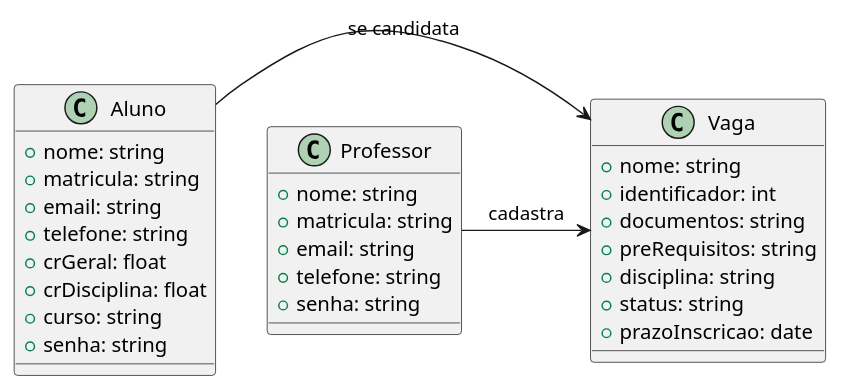
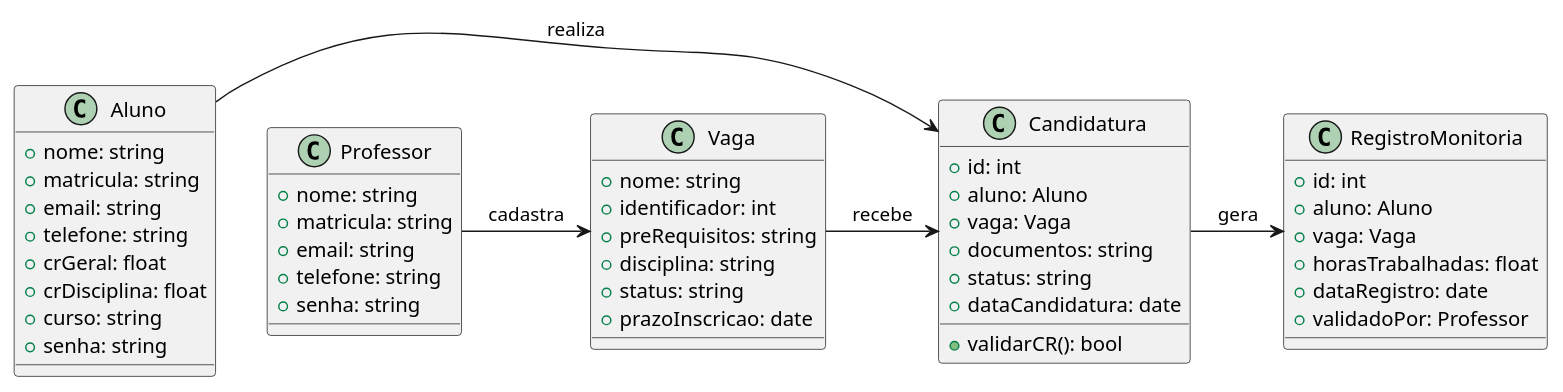
The diagram in docs/Elaboracao/diagrama_de_classes.md (Projetos-de-Extensao/PBE_25.2_8004_III), drawn with PlantUML before and after one commit. The commit also changed other lines of this file, not shown here.

Commit message:
add classes

````diff
--- a/docs/Elaboracao/diagrama_de_classes.md
+++ b/docs/Elaboracao/diagrama_de_classes.md
@@ -41,40 +56,60 @@
 ```plantuml
 @startuml 
 '-----------------------------------
 ' Diagram: Plataforma de Monitoria
 '-----------------------------------
 
 class Aluno {
 	+ nome: string 
 	+ matricula: string
 	+ email: string
 	+ telefone: string
 	+ crGeral: float
 	+ crDisciplina: float
 	+ curso: string
 	+ senha: string
 }
 
 class Professor {
 	+ nome: string 
 	+ matricula: string
 	+ email: string
 	+ telefone: string
 	+ senha: string
 }
 
 class Vaga {
 	+ nome: string 
 	+ identificador: int
-	+ documentos: string
 	+ preRequisitos: string
 	+ disciplina: string
 	+ status: string
 	+ prazoInscricao: date
 }
 
-Aluno -> Vaga: se candidata
+class Candidatura {
+	+ id: int
+	+ aluno: Aluno
+	+ vaga: Vaga
+	+ documentos: string
+	+ status: string
+	+ dataCandidatura: date
+	+ validarCR(): bool
+}
+
+class RegistroMonitoria {
+	+ id: int
+	+ aluno: Aluno
+	+ vaga: Vaga
+	+ horasTrabalhadas: float
+	+ dataRegistro: date
+	+ validadoPor: Professor
+}
+
+Aluno -> Candidatura: realiza
+Vaga -> Candidatura: recebe
 Professor -> Vaga: cadastra
+Candidatura -> RegistroMonitoria: gera
 
 @enduml
 ```
````
